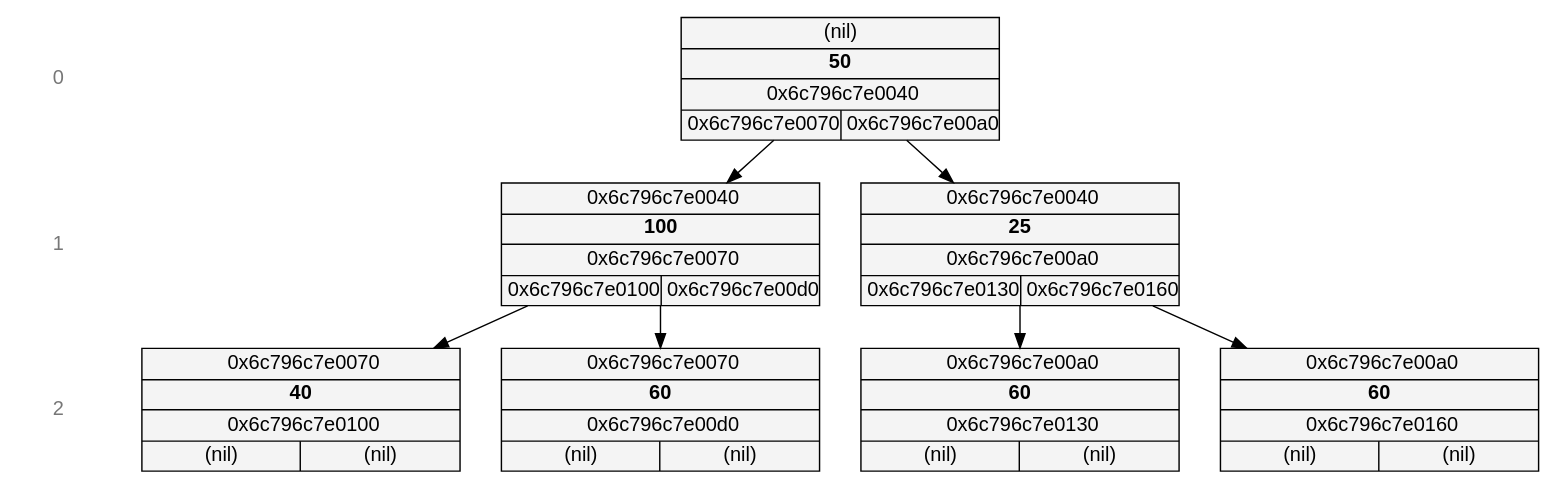
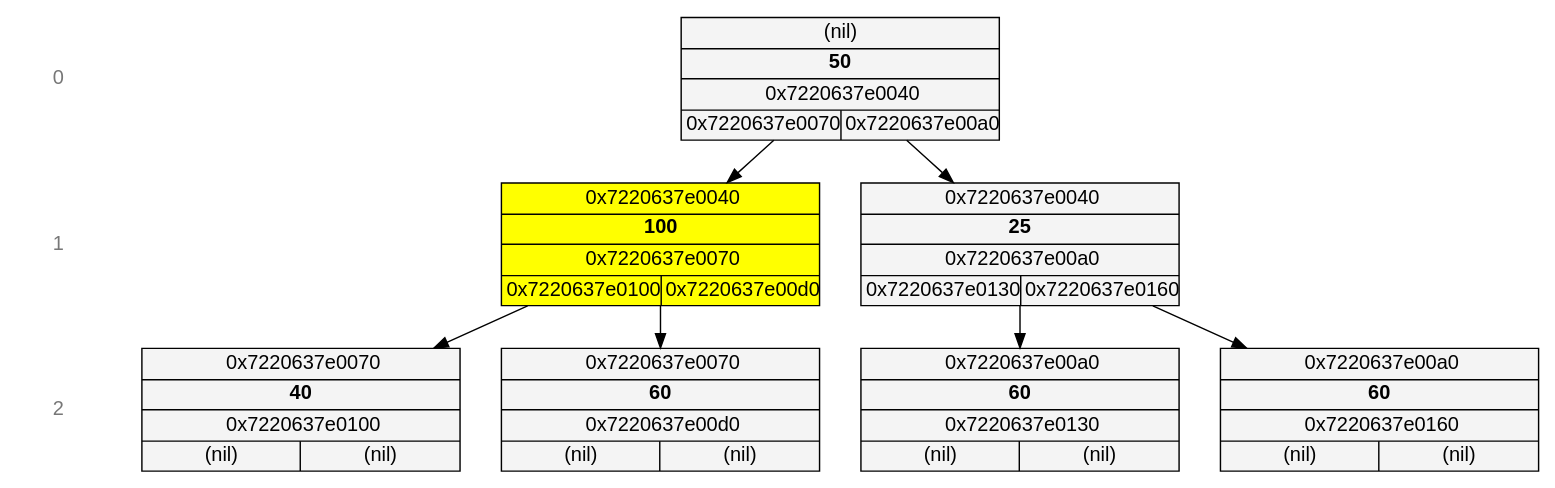
The diagram in hui.dot (T04-ka/Binary-Tree), drawn with Graphviz before and after one commit. The commit also changed 11 other files, not shown here.

```diff
--- a/hui.dot
+++ b/hui.dot
@@ -1,46 +1,46 @@
 digraph G {
 	rankdir=TB
 	nodesep=0.4
 	ranksep=0.4;
 	splines=true;
 
 	node [shape=record, style=filled, fillcolor="#F4F4F4", width=3.1, height=1.2, fixedsize=true, fontname="Arial"];        
 
 	subgraph levels {
 		node [shape=plaintext, width=0.8, style=filled, fillcolor=none, fontname="Arial", fontcolor="#777777"];
 
 		L_0 [label="0"];
 		L_1 [label="1"];
 		L_2 [label="2"];
 
 		L_0 -> L_1 -> L_2 [style=invis];
 	}
 
-	node_0x6c796c7e0040[label=<{ {(nil)} | {<b>50</b>} | {0x6c796c7e0040} | { 0x6c796c7e0070 | 0x6c796c7e00a0} }>];
-	{ rank=same; node_0x6c796c7e0040; L_0 };
+	node_0x7220637e0040[label=<{ {(nil)} | {<b>50</b>} | {0x7220637e0040} | { 0x7220637e0070 | 0x7220637e00a0} }>];
+	{ rank=same; node_0x7220637e0040; L_0 };
 
-	node_0x6c796c7e0070[label=<{ {0x6c796c7e0040} | {<b>100</b>} | {0x6c796c7e0070} | { 0x6c796c7e0100 | 0x6c796c7e00d0} }>];
-	{ rank=same; node_0x6c796c7e0070; L_1 };
+	node_0x7220637e0070[style=filled, fillcolor=<yellow>, label=<{ {0x7220637e0040} | {<b>100</b>} | {0x7220637e0070} | { 0x7220637e0100 | 0x7220637e00d0} }>];
+	{ rank=same; node_0x7220637e0070; L_1 };
 
-	node_0x6c796c7e0100[label=<{ {0x6c796c7e0070} | {<b>40</b>} | {0x6c796c7e0100} | { (nil) | (nil)} }>];
-	{ rank=same; node_0x6c796c7e0100; L_2 };
+	node_0x7220637e0100[label=<{ {0x7220637e0070} | {<b>40</b>} | {0x7220637e0100} | { (nil) | (nil)} }>];
+	{ rank=same; node_0x7220637e0100; L_2 };
 
-	node_0x6c796c7e00d0[label=<{ {0x6c796c7e0070} | {<b>60</b>} | {0x6c796c7e00d0} | { (nil) | (nil)} }>];
-	{ rank=same; node_0x6c796c7e00d0; L_2 };
+	node_0x7220637e00d0[label=<{ {0x7220637e0070} | {<b>60</b>} | {0x7220637e00d0} | { (nil) | (nil)} }>];
+	{ rank=same; node_0x7220637e00d0; L_2 };
 
-	node_0x6c796c7e00a0[label=<{ {0x6c796c7e0040} | {<b>25</b>} | {0x6c796c7e00a0} | { 0x6c796c7e0130 | 0x6c796c7e0160} }>];
-	{ rank=same; node_0x6c796c7e00a0; L_1 };
+	node_0x7220637e00a0[label=<{ {0x7220637e0040} | {<b>25</b>} | {0x7220637e00a0} | { 0x7220637e0130 | 0x7220637e0160} }>];
+	{ rank=same; node_0x7220637e00a0; L_1 };
 
-	node_0x6c796c7e0130[label=<{ {0x6c796c7e00a0} | {<b>60</b>} | {0x6c796c7e0130} | { (nil) | (nil)} }>];
-	{ rank=same; node_0x6c796c7e0130; L_2 };
+	node_0x7220637e0130[label=<{ {0x7220637e00a0} | {<b>60</b>} | {0x7220637e0130} | { (nil) | (nil)} }>];
+	{ rank=same; node_0x7220637e0130; L_2 };
 
-	node_0x6c796c7e0160[label=<{ {0x6c796c7e00a0} | {<b>60</b>} | {0x6c796c7e0160} | { (nil) | (nil)} }>];
-	{ rank=same; node_0x6c796c7e0160; L_2 };
+	node_0x7220637e0160[label=<{ {0x7220637e00a0} | {<b>60</b>} | {0x7220637e0160} | { (nil) | (nil)} }>];
+	{ rank=same; node_0x7220637e0160; L_2 };
 
-	node_0x6c796c7e0040 -> node_0x6c796c7e0070;
-	node_0x6c796c7e0070 -> node_0x6c796c7e0100;
-	node_0x6c796c7e0070 -> node_0x6c796c7e00d0;
-	node_0x6c796c7e0040 -> node_0x6c796c7e00a0;
-	node_0x6c796c7e00a0 -> node_0x6c796c7e0130;
-	node_0x6c796c7e00a0 -> node_0x6c796c7e0160;
+	node_0x7220637e0040 -> node_0x7220637e0070;
+	node_0x7220637e0070 -> node_0x7220637e0100;
+	node_0x7220637e0070 -> node_0x7220637e00d0;
+	node_0x7220637e0040 -> node_0x7220637e00a0;
+	node_0x7220637e00a0 -> node_0x7220637e0130;
+	node_0x7220637e00a0 -> node_0x7220637e0160;
 }
```
